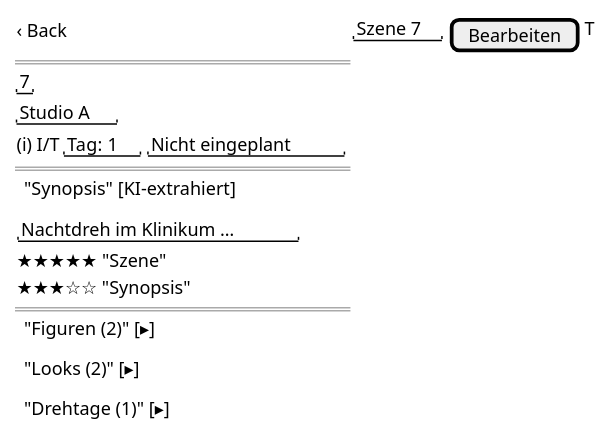
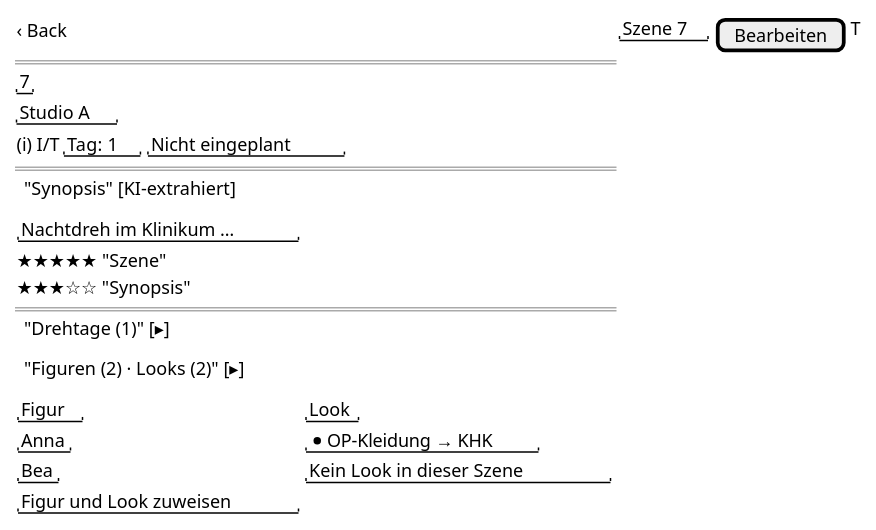
Before and after one commit to tradem/breakdown-rs: the diagram in docs/design/screens/scenes.md, drawn with PlantUML. The commit also changed other lines of this file and 25 other files, not shown here.

````diff
--- a/docs/design/screens/scenes.md
+++ b/docs/design/screens/scenes.md
@@ -42,22 +42,27 @@
 ```plantuml
 @startsalt
 {
   {‹ Back} | "Szene 7" | [Bearbeiten] | T
   ==
   "7"
   "Studio A"
   {(i) I/T | "Tag: 1" | "Nicht eingeplant"}
   ==
   {^ "Synopsis" [KI-extrahiert]}
   {
     "Nachtdreh im Klinikum …"
     ★★★★★ "Szene"
     ★★★☆☆ "Synopsis"
   }
   ==
-  {^ "Figuren (2)" [▸]}
-  {^ "Looks (2)" [▸]}
   {^ "Drehtage (1)" [▸]}
+  {^ "Figuren (2) · Looks (2)" [▸]}
+  {
+    "Figur" | "Look"
+    "Anna" | "* OP-Kleidung → KHK"
+    "Bea"  | "Kein Look in dieser Szene"
+    "Figur und Look zuweisen"
+  }
 }
 @endsalt
 ```
````
